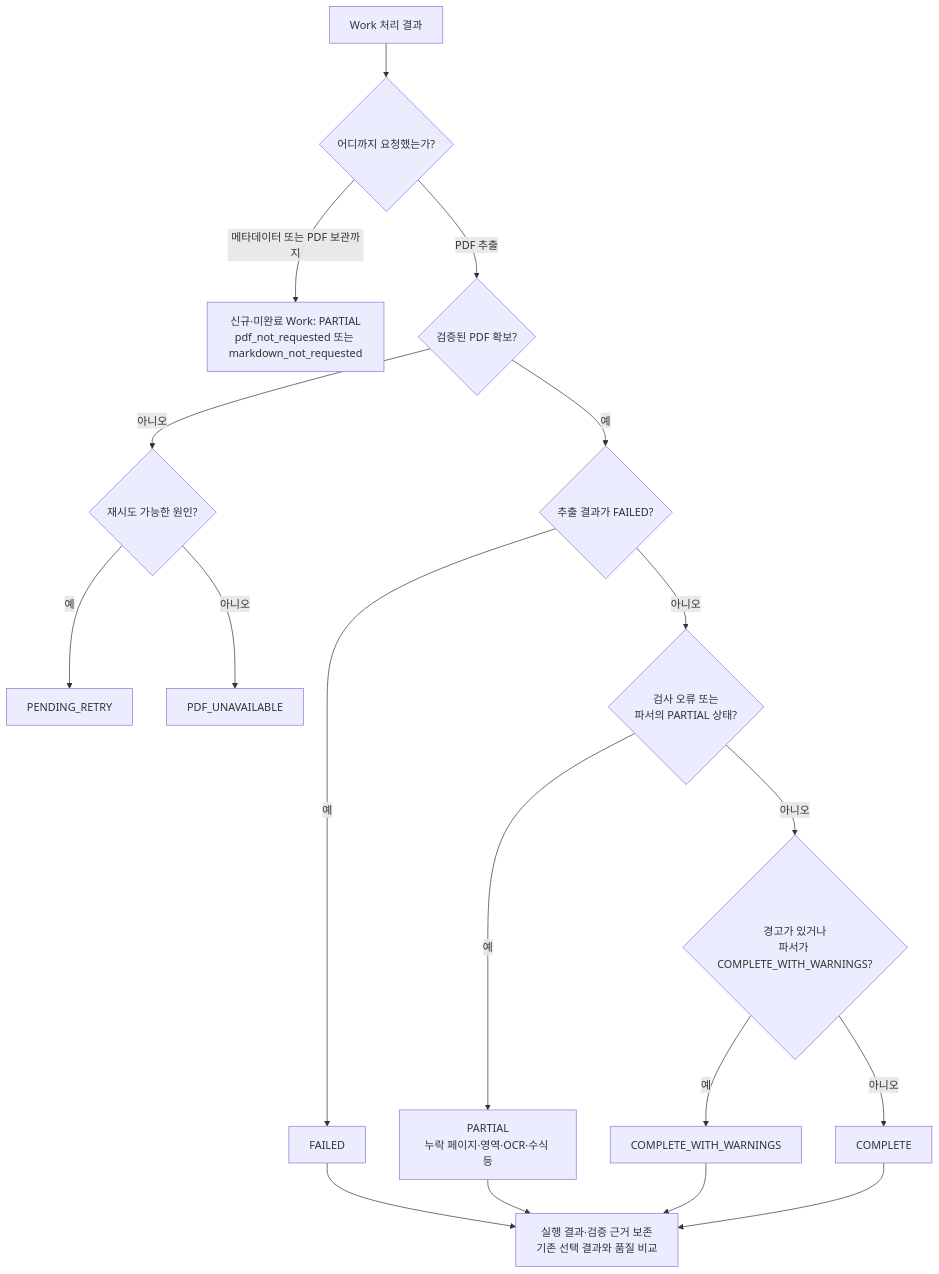
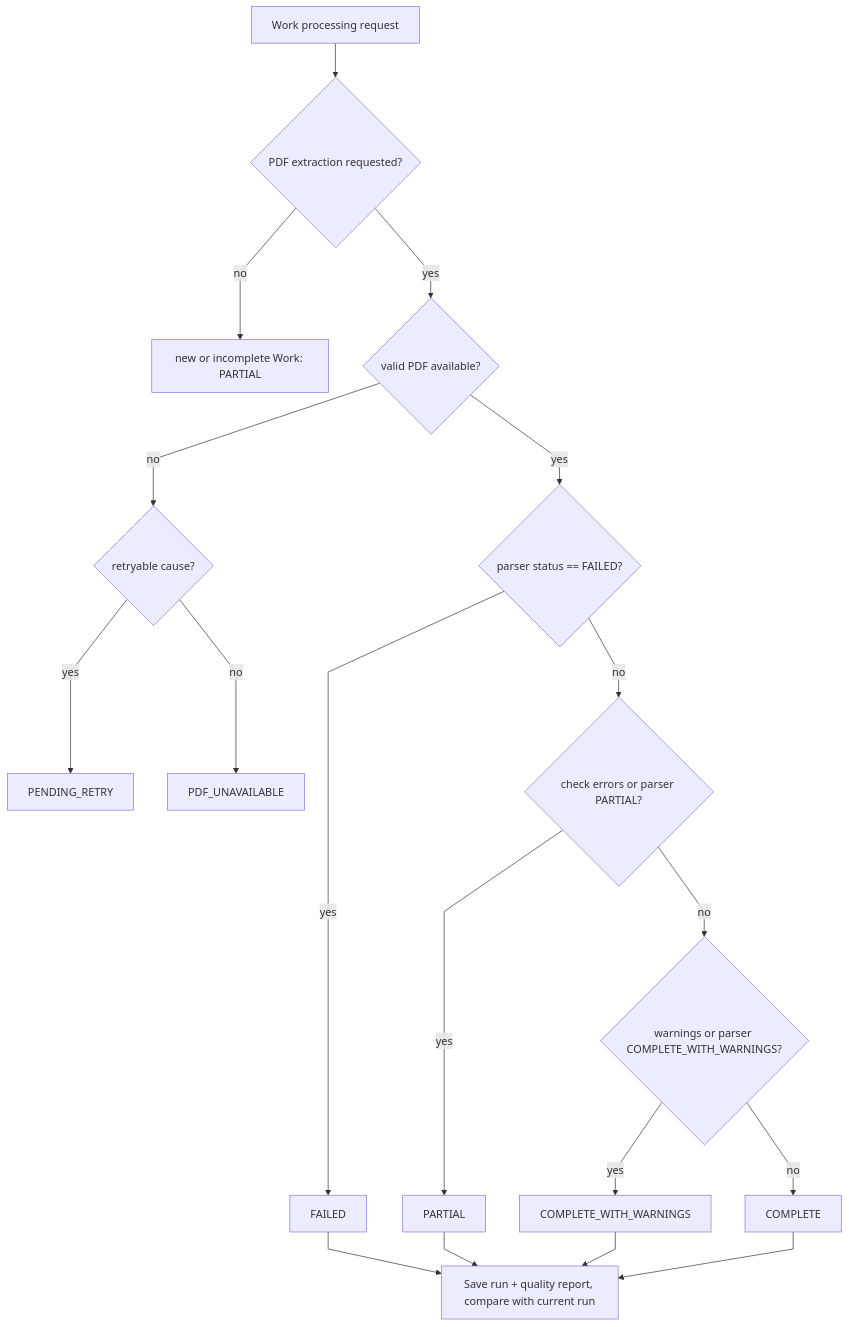
One commit to jongsu-king/openalex-corpus-harvester changed the fourth of 5 diagrams in openalex_corpus/docs/ARCHITECTURE.md. Above: the diagram before and after it, drawn with Mermaid. The commit also changed other lines of this file and 12 other files, not shown here.

Commit message:
docs: rewrite references in English and redraw execution diagrams

````diff
--- a/openalex_corpus/docs/ARCHITECTURE.md
+++ b/openalex_corpus/docs/ARCHITECTURE.md
@@ -205,20 +232,21 @@
 ```mermaid
+%%{init: {'flowchart': {'curve': 'linear'}}}%%
 flowchart TD
-    Begin["Work 처리 결과"] --> Mode{"어디까지 요청했는가?"}
-    Mode -->|메타데이터 또는 PDF 보관까지| PartialOnly["신규·미완료 Work: PARTIAL<br/>pdf_not_requested 또는 markdown_not_requested"]
-    Mode -->|PDF 추출| PDF{"검증된 PDF 확보?"}
-    PDF -->|아니오| Transient{"재시도 가능한 원인?"}
-    Transient -->|예| Pending["PENDING_RETRY"]
-    Transient -->|아니오| Missing["PDF_UNAVAILABLE"]
-    PDF -->|예| Failed{"추출 결과가 FAILED?"}
-    Failed -->|예| Fail["FAILED"]
-    Failed -->|아니오| Error{"검사 오류 또는<br/>파서의 PARTIAL 상태?"}
-    Error -->|예| Partial["PARTIAL<br/>누락 페이지·영역·OCR·수식 등"]
-    Error -->|아니오| Warning{"경고가 있거나<br/>파서가 COMPLETE_WITH_WARNINGS?"}
-    Warning -->|예| Warn["COMPLETE_WITH_WARNINGS"]
-    Warning -->|아니오| Complete["COMPLETE"]
-    Fail --> Retain["실행 결과·검증 근거 보존<br/>기존 선택 결과와 품질 비교"]
-    Partial --> Retain
-    Warn --> Retain
-    Complete --> Retain
+    Request["Work processing request"] --> Parse{"PDF extraction requested?"}
+    Parse -->|no| StoreOnly["new or incomplete Work: PARTIAL"]
+    Parse -->|yes| PDF{"valid PDF available?"}
+    PDF -->|no| Retryable{"retryable cause?"}
+    Retryable -->|yes| Pending["PENDING_RETRY"]
+    Retryable -->|no| Missing["PDF_UNAVAILABLE"]
+    PDF -->|yes| Failed{"parser status == FAILED?"}
+    Failed -->|yes| Fail["FAILED"]
+    Failed -->|no| Errors{"check errors or parser PARTIAL?"}
+    Errors -->|yes| Partial["PARTIAL"]
+    Errors -->|no| Warnings{"warnings or parser COMPLETE_WITH_WARNINGS?"}
+    Warnings -->|yes| Warn["COMPLETE_WITH_WARNINGS"]
+    Warnings -->|no| Complete["COMPLETE"]
+    Fail --> Record["Save run + quality report, compare with current run"]
+    Partial --> Record
+    Warn --> Record
+    Complete --> Record
 ```
````
